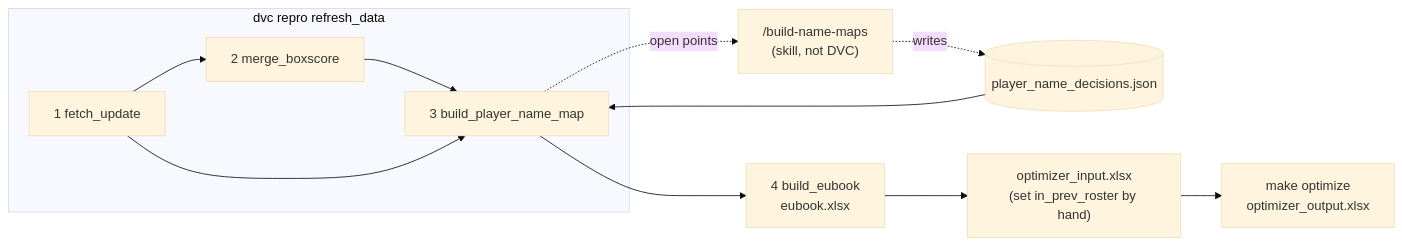
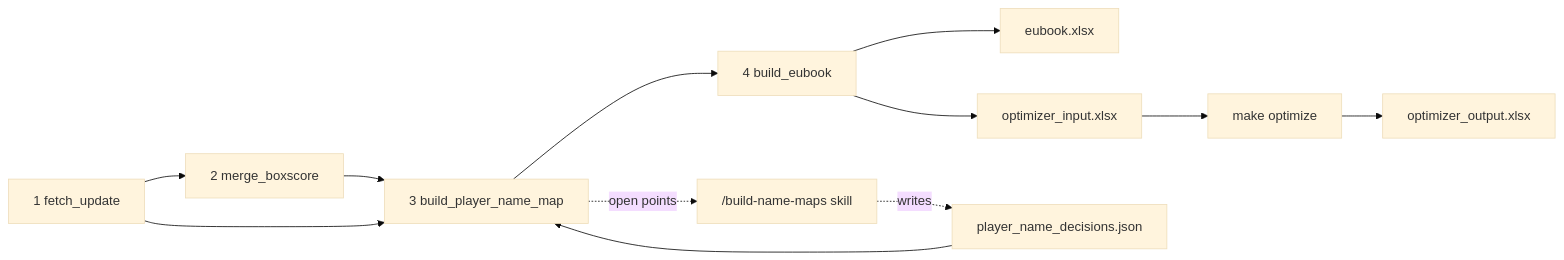
One commit to Takfes/indie-euroleague changed the diagram in README.md. Above: the diagram before and after it, drawn with Mermaid (base theme). The commit also changed other lines of this file and 2 other files, not shown here.

Commit message:
docs: simplify the optimizer objective write-up, fix the README graph, drop stage_04 example
Claude-Session: https://claude.ai/code/session_01Q7u72qFZDwdJLKSUZVSWxz

````diff
--- a/README.md
+++ b/README.md
@@ -50,14 +50,14 @@
 ```mermaid
 flowchart LR
-    subgraph refresh_data["dvc repro refresh_data"]
-        F["1 fetch_update"] --> M["2 merge_boxscore"]
-        M --> N["3 build_player_name_map"]
-        F --> N
-    end
-    N --> W["4 build_eubook<br/>eubook.xlsx"]
-    D[("player_name_decisions.json")] --> N
-    S["/build-name-maps<br/>(skill, not DVC)"] -.writes.-> D
+    F["1 fetch_update"] --> M["2 merge_boxscore"]
+    M --> N["3 build_player_name_map"]
+    F --> N
+    N --> W["4 build_eubook"]
+    W --> E["eubook.xlsx"]
+    W --> I["optimizer_input.xlsx"]
+    I --> O["make optimize"]
+    O --> R["optimizer_output.xlsx"]
+    D["player_name_decisions.json"] --> N
+    S["/build-name-maps skill"] -.writes.-> D
     N -.open points.-> S
-    W --> I["optimizer_input.xlsx<br/>(set in_prev_roster by hand)"]
-    I --> O["make optimize<br/>optimizer_output.xlsx"]
 ```
````
